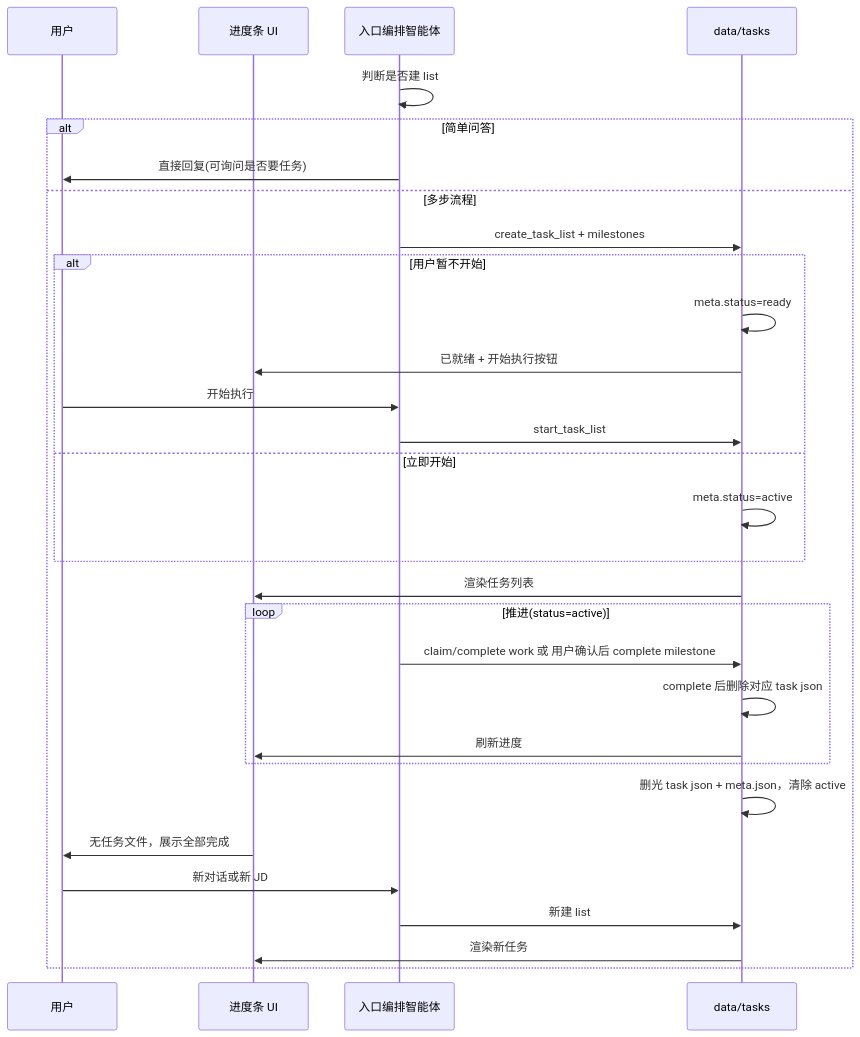
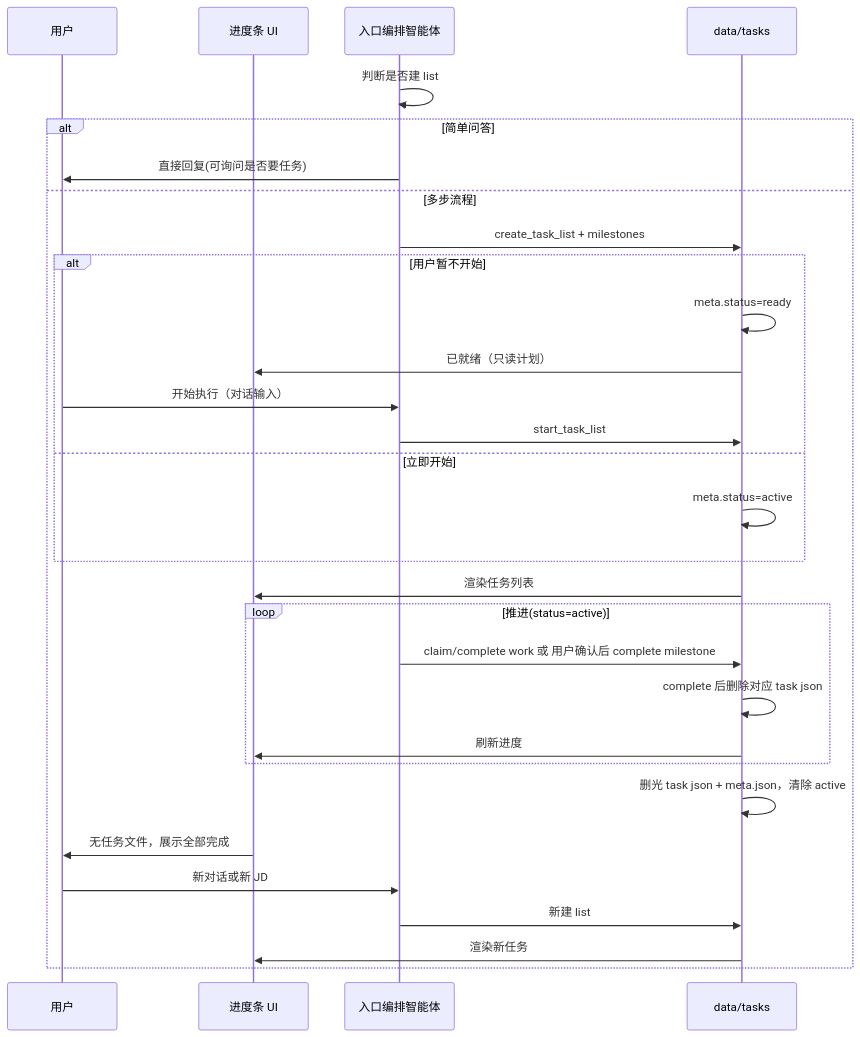
One commit to CatNum/AI-Optimized-Resume-V2 changed the diagram in docs/prd/A02. 机制-任务系统 PRD.md. Above: the diagram before and after it, drawn with Mermaid. The commit also changed other lines of this file and 16 other files, not shown here.

First line of the commit message:
docs(architecture): 同步 brainstorm 架构决策与 HTML 交付 Tool schema

````diff
--- a/docs/prd/A02. 机制-任务系统 PRD.md
+++ b/docs/prd/A02. 机制-任务系统 PRD.md
@@ -208,33 +209,33 @@
 ```mermaid
 sequenceDiagram
   participant U as 用户
   participant UI as 进度条 UI
   participant M as 入口编排智能体
   participant T as data/tasks
 
   M->>M: 判断是否建 list
   alt 简单问答
     M->>U: 直接回复(可询问是否要任务)
   else 多步流程
     M->>T: create_task_list + milestones
     alt 用户暂不开始
       T->>T: meta.status=ready
-      T->>UI: 已就绪 + 开始执行按钮
-      U->>M: 开始执行
+      T->>UI: 已就绪（只读计划）
+      U->>M: 开始执行（对话输入）
       M->>T: start_task_list
     else 立即开始
       T->>T: meta.status=active
     end
     T->>UI: 渲染任务列表
     loop 推进(status=active)
       M->>T: claim/complete work 或 用户确认后 complete milestone
       T->>T: complete 后删除对应 task json
       T->>UI: 刷新进度
     end
     T->>T: 删光 task json + meta.json，清除 active
     UI->>U: 无任务文件，展示全部完成
     U->>M: 新对话或新 JD
     M->>T: 新建 list
     T->>UI: 渲染新任务
   end
 ```
````
